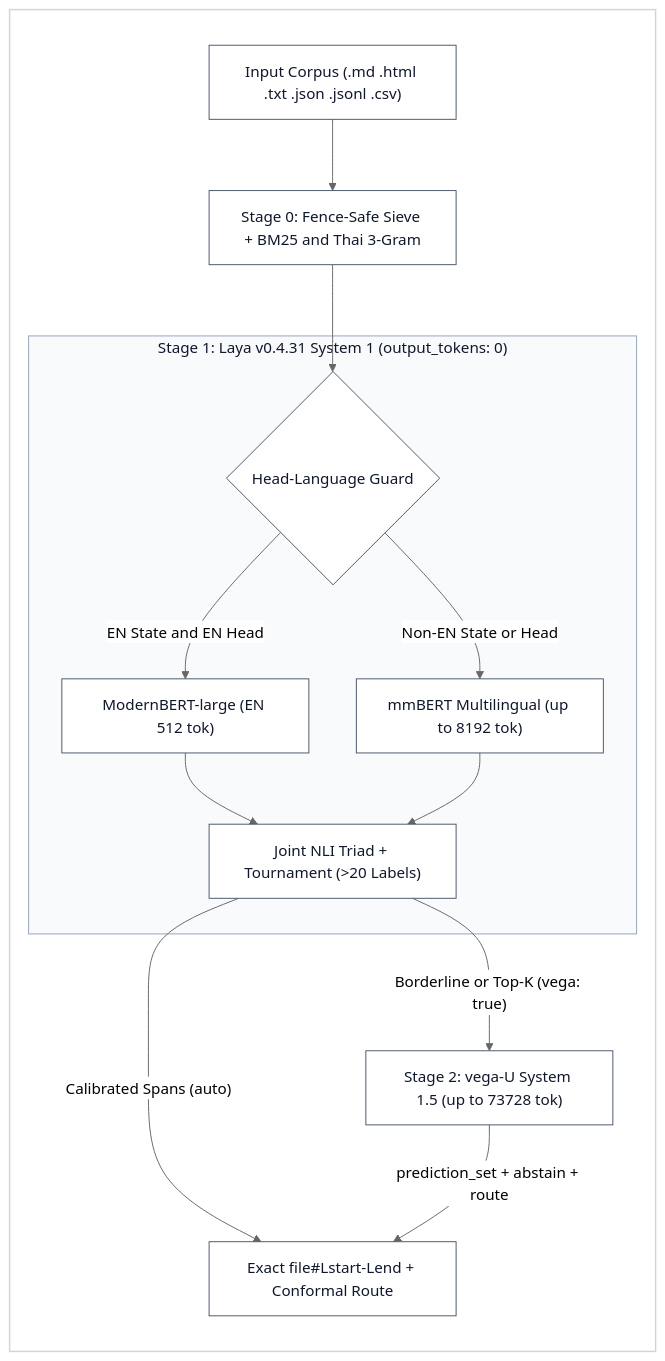
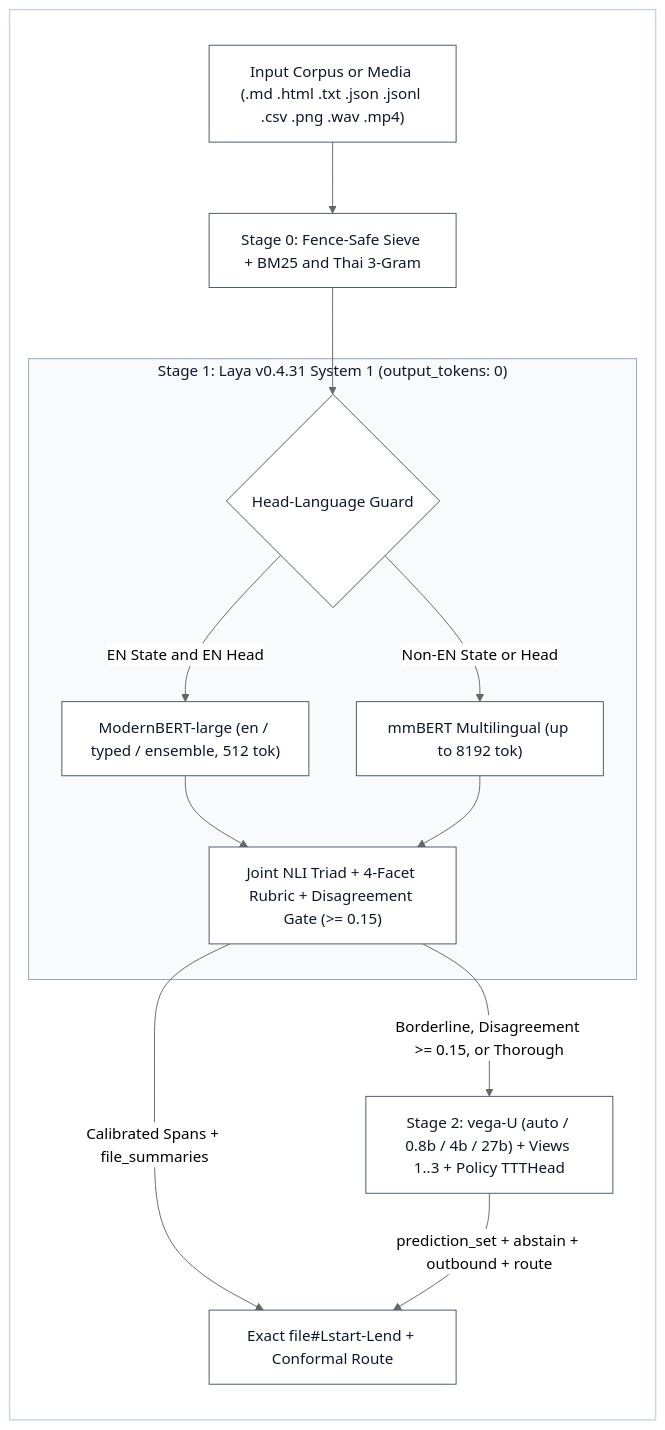
The first of 2 diagrams in README.md (iscvlab/xlaya), drawn with Mermaid before and after one commit. The commit also changed other lines of this file and 10 other files, not shown here.

Commit message:
feat(xlaya): release v2.1.0 ensemble jury, multi-view conformal debiasing, 4-facet thorough scan & persistent TTT policy

````diff
--- a/README.md
+++ b/README.md
@@ -48,27 +48,27 @@
 ```mermaid
 %%{init: {'theme': 'neutral'}}%%
 flowchart LR
     subgraph Canvas [" "]
-        In["Input Corpus (.md .html .txt .json .jsonl .csv)"] --> S0["Stage 0: Fence-Safe Sieve + BM25 and Thai 3-Gram"]
+        In["Input Corpus or Media (.md .html .txt .json .jsonl .csv .png .wav .mp4)"] --> S0["Stage 0: Fence-Safe Sieve + BM25 and Thai 3-Gram"]
 
         subgraph Stage1 ["Stage 1: Laya v0.4.31 System 1 (output_tokens: 0)"]
             Guard{"Head-Language Guard"}
-            EN["ModernBERT-large (EN 512 tok)"]
+            EN["ModernBERT-large (en / typed / ensemble, 512 tok)"]
             ML["mmBERT Multilingual (up to 8192 tok)"]
-            Triad["Joint NLI Triad + Tournament (>20 Labels)"]
+            Triad["Joint NLI Triad + 4-Facet Rubric + Disagreement Gate (>= 0.15)"]
         end
 
         S0 --> Guard
         Guard -->|"EN State and EN Head"| EN
         Guard -->|"Non-EN State or Head"| ML
         EN --> Triad
         ML --> Triad
 
-        Triad -->|"Borderline or Top-K (vega: true)"| S2["Stage 2: vega-U System 1.5 (up to 73728 tok)"]
-        Triad -->|"Calibrated Spans (auto)"| Out["Exact file#Lstart-Lend + Conformal Route"]
-        S2 -->|"prediction_set + abstain + route"| Out
+        Triad -->|"Borderline, Disagreement >= 0.15, or Thorough"| S2["Stage 2: vega-U (auto / 0.8b / 4b / 27b) + Views 1..3 + Policy TTTHead"]
+        Triad -->|"Calibrated Spans + file_summaries"| Out["Exact file#Lstart-Lend + Conformal Route"]
+        S2 -->|"prediction_set + abstain + outbound + route"| Out
     end
     classDef default fill:#ffffff,stroke:#475569,color:#0f172a,stroke-width:1px
     style Canvas fill:#ffffff,stroke:#cbd5e1,stroke-width:1.5px,color:#0f172a
     style Stage1 fill:#f8fafc,stroke:#94a3b8,color:#0f172a
 ```
````
